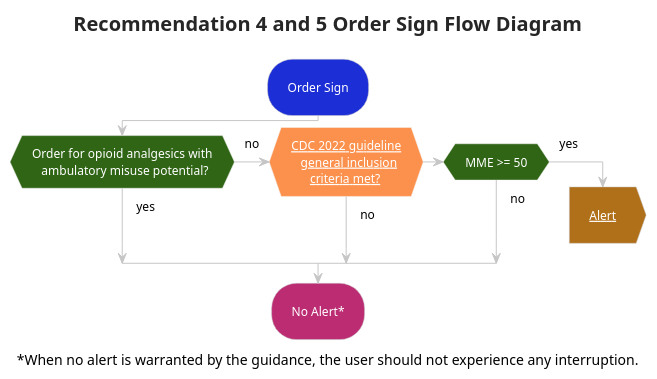
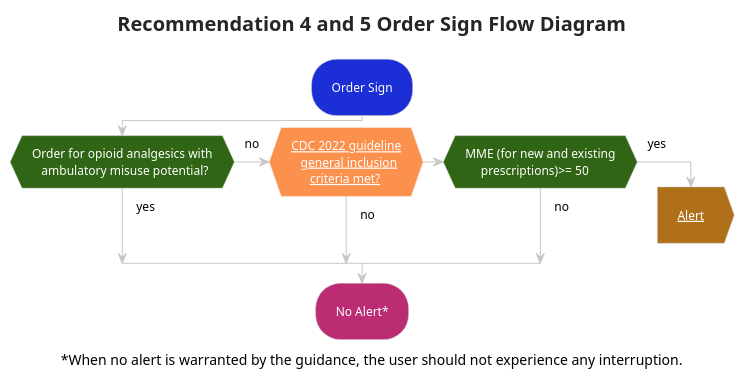
Before and after one commit to security-rs/opioid-cds-r4: the diagram in input/images-source/flow_rec04-05_ordersign.plantuml, drawn with PlantUML.

Commit message:
add further clarification to the MME box

```diff
--- a/input/images-source/flow_rec04-05_ordersign.plantuml
+++ b/input/images-source/flow_rec04-05_ordersign.plantuml
@@ -1,27 +1,27 @@
 @startuml flow_rec04-05_ordersign
 !theme carbon-gray
 skinparam hyperlinkColor white
 <style>
 activityDiagram {
  FontColor white
  RoundCorner 50
  arrow {
   FontColor: Black
  }
  diamond {
   BackgroundColor #fc914d
  }
 }
 </style>
 title Recommendation 4 and 5 Order Sign Flow Diagram
 #1C2ED5:Order Sign; 
 #306516:if (Order for opioid analgesics with\n   ambulatory misuse potential?) then (yes)
 (no) elseif ([[subroutines.html#cdc-2022-general-inclusion-criteria CDC 2022 guideline\n   general inclusion\n      criteria met?]]) then (no) 
-#306516:elseif (MME >= 50) then (no) 
+#306516:elseif (MME (for new and existing\n     prescriptions)>= 50) then (no) 
 else (yes) 
 #b06f19:[[user-interaction-alerts.html#recommendation-4-and-5-alert Alert]];<<output>>
 kill
 endif
 #BC2C73:No Alert*;
 caption ~*When no alert is warranted by the guidance, the user should not experience any interruption.
 @enduml
```
